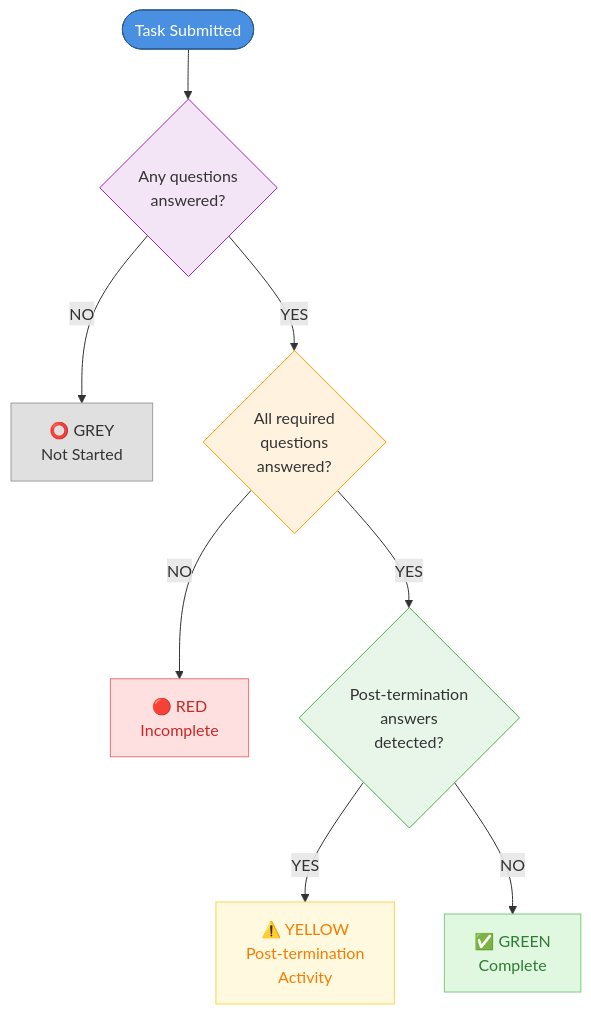
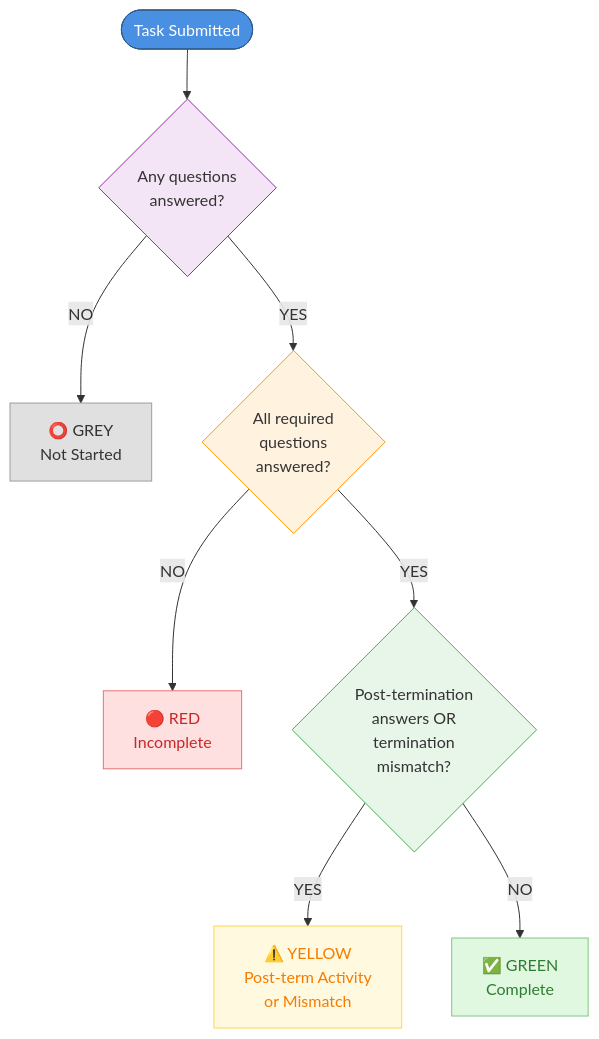
Before and after one commit to herman925/4Set-Server: the second of 3 diagrams in PRDs/checking_system_user_guide_prd.md, drawn with Mermaid. The commit also changed other lines of this file and 5 other files, not shown here.

Commit message:
Update docs and comments: yellow light = post-termination AND termination mismatch

````diff
--- a/PRDs/checking_system_user_guide_prd.md
+++ b/PRDs/checking_system_user_guide_prd.md
@@ -791,22 +791,22 @@
 ```mermaid
 flowchart TD
     Start([Task Submitted]) --> Q1{Any questions<br/>answered?}
     
     Q1 -->|NO| Grey[⭕ GREY<br/>Not Started]
     Q1 -->|YES| Q2{All required<br/>questions<br/>answered?}
     
     Q2 -->|NO| Red[🔴 RED<br/>Incomplete]
-    Q2 -->|YES| Q3{Post-termination<br/>answers<br/>detected?}
+    Q2 -->|YES| Q3{Post-termination<br/>answers OR<br/>termination<br/>mismatch?}
     
-    Q3 -->|YES| Yellow[⚠️ YELLOW<br/>Post-termination<br/>Activity]
+    Q3 -->|YES| Yellow[⚠️ YELLOW<br/>Post-term Activity<br/>or Mismatch]
     Q3 -->|NO| Green[✅ GREEN<br/>Complete]
     
     style Start fill:#4A90E2,stroke:#2E5C8A,color:#fff
     style Grey fill:#E0E0E0,stroke:#9E9E9E,color:#333
     style Red fill:#FFE0E0,stroke:#E57373,color:#C62828
     style Yellow fill:#FFF9E0,stroke:#FFD54F,color:#F57C00
     style Green fill:#E0F7E0,stroke:#81C784,color:#2E7D32
     style Q1 fill:#F3E5F5,stroke:#9C27B0
     style Q2 fill:#FFF3E0,stroke:#FF9800
     style Q3 fill:#E8F5E9,stroke:#4CAF50
 ```
````
